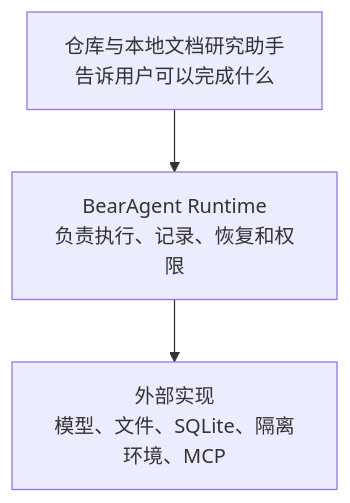
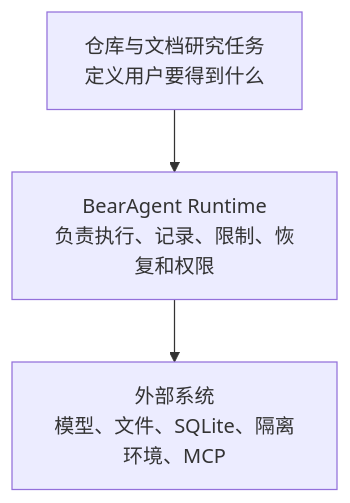
One commit to CherryYang05/BearAgent changed the diagram in docs/project/product-positioning.md. Above: the diagram before and after it, drawn with Mermaid. The commit also changed other lines of this file and 51 other files, not shown here.

Commit message:
Rewrite BearAgent documentation for clarity

````diff
--- a/docs/project/product-positioning.md
+++ b/docs/project/product-positioning.md
@@ -44,5 +43,5 @@
 ```mermaid
 flowchart TB
-    A["仓库与本地文档研究助手<br/>告诉用户可以完成什么"] --> R["BearAgent Runtime<br/>负责执行、记录、恢复和权限"]
-    R --> I["外部实现<br/>模型、文件、SQLite、隔离环境、MCP"]
+    T["仓库与文档研究任务<br/>定义用户要得到什么"] --> R["BearAgent Runtime<br/>负责执行、记录、限制、恢复和权限"]
+    R --> E["外部系统<br/>模型、文件、SQLite、隔离环境、MCP"]
 ```
````
